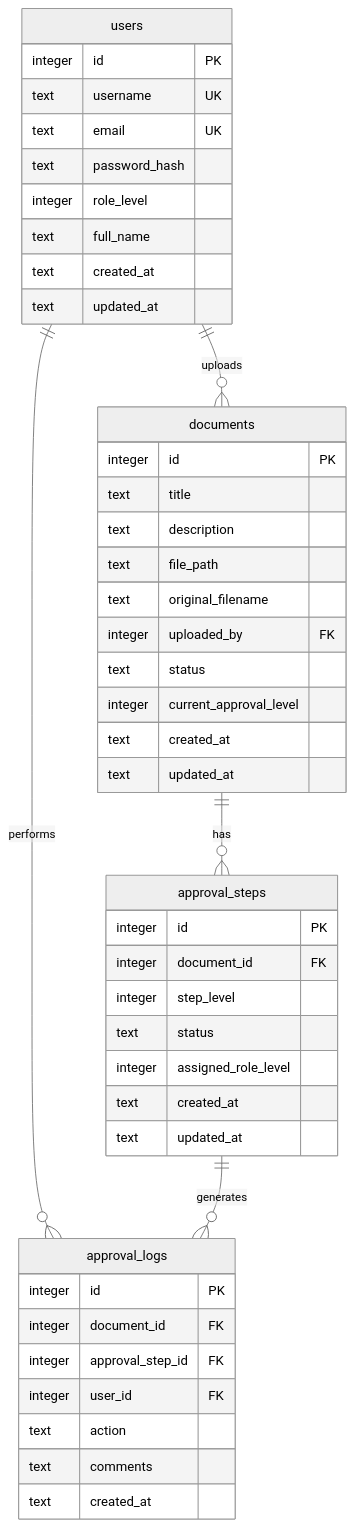
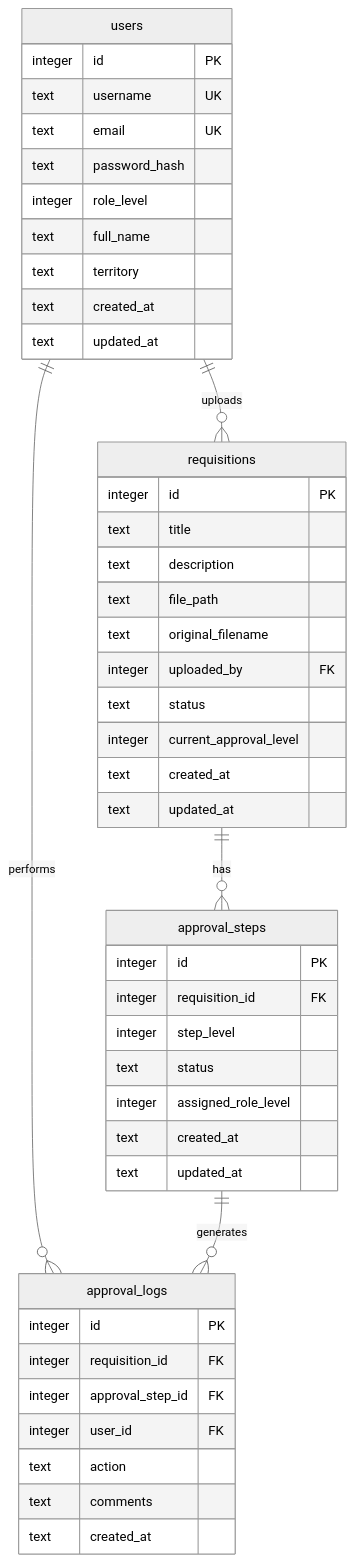
The second of 3 diagrams in ARCHITECTURE.md (AndresFelipeGA/cid-aprueba), drawn with Mermaid (neutral theme) before and after one commit. The commit also changed other lines of this file and 18 other files, not shown here.

````diff
--- a/ARCHITECTURE.md
+++ b/ARCHITECTURE.md
@@ -135,51 +131,52 @@
 ```mermaid
 erDiagram
-    users ||--o{ documents : uploads
+    users ||--o{ requisitions : uploads
     users ||--o{ approval_logs : performs
-    documents ||--o{ approval_steps : has
+    requisitions ||--o{ approval_steps : has
     approval_steps ||--o{ approval_logs : generates
 
     users {
         integer id PK
         text username UK
         text email UK
         text password_hash
         integer role_level
         text full_name
+        text territory
         text created_at
         text updated_at
     }
 
-    documents {
+    requisitions {
         integer id PK
         text title
         text description
         text file_path
         text original_filename
         integer uploaded_by FK
         text status
         integer current_approval_level
         text created_at
         text updated_at
     }
 
     approval_steps {
         integer id PK
-        integer document_id FK
+        integer requisition_id FK
         integer step_level
         text status
         integer assigned_role_level
         text created_at
         text updated_at
     }
 
     approval_logs {
         integer id PK
-        integer document_id FK
+        integer requisition_id FK
         integer approval_step_id FK
         integer user_id FK
         text action
         text comments
         text created_at
     }
 ```
````
